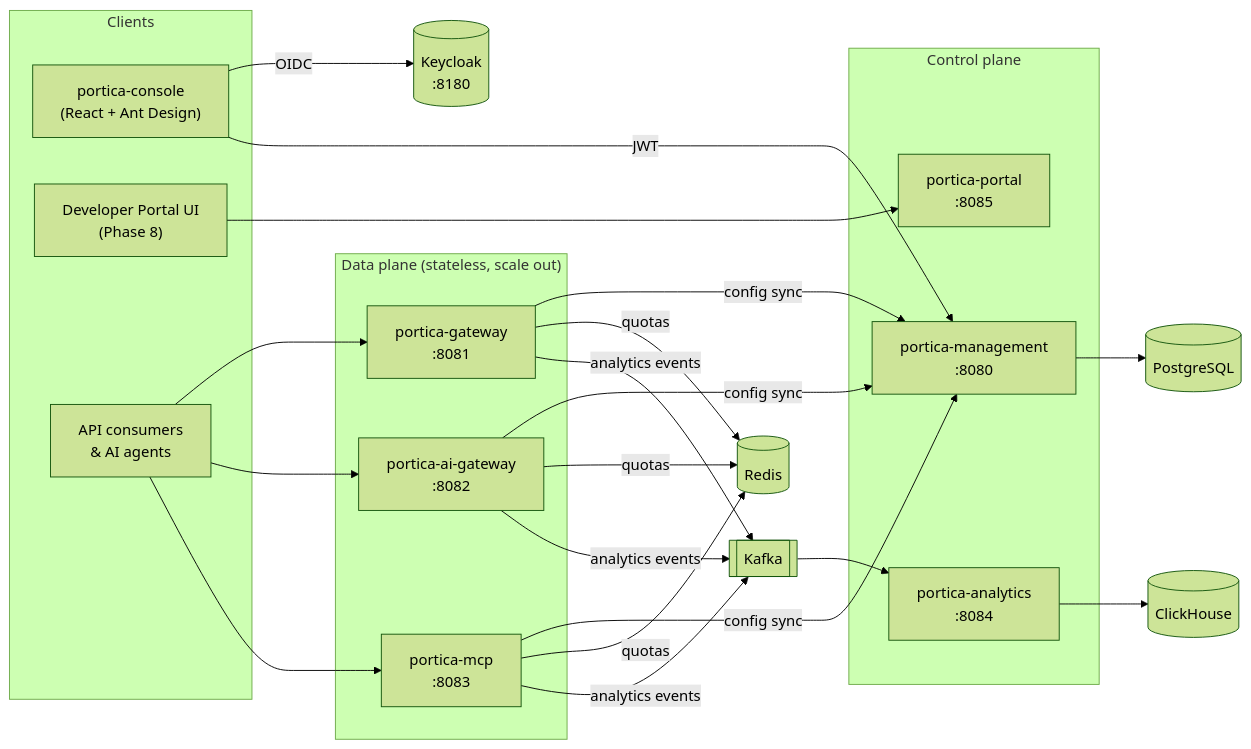
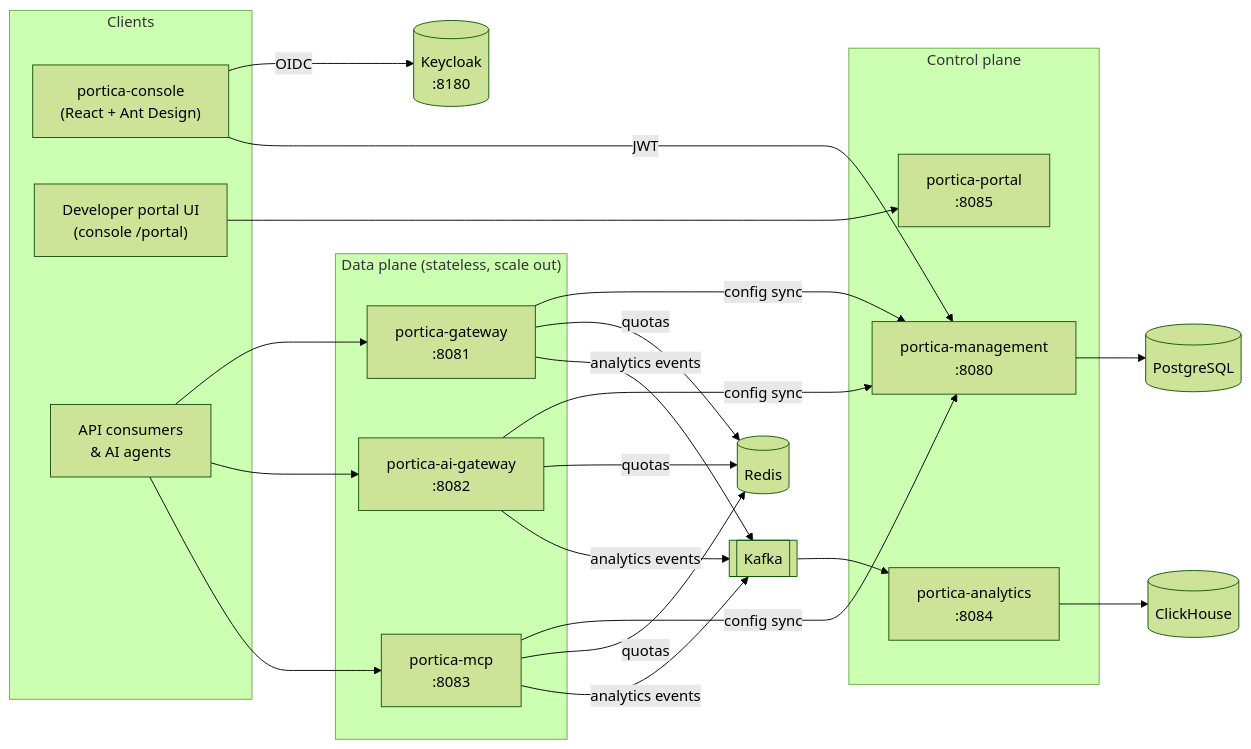
The first of 6 diagrams in README.md (BabujiR/portica), drawn with Mermaid (forest theme) before and after one commit. The commit also changed other lines of this file and 58 other files, not shown here.

````diff
--- a/README.md
+++ b/README.md
@@ -20,35 +24,35 @@
 ```mermaid
 flowchart LR
     subgraph Clients
         Console["portica-console<br/>(React + Ant Design)"]
-        Portal["Developer Portal UI<br/>(Phase 8)"]
+        Portal["Developer portal UI<br/>(console /portal)"]
         Apps["API consumers<br/>& AI agents"]
     end
 
     subgraph ControlPlane["Control plane"]
         Mgmt["portica-management<br/>:8080"]
         PortalApi["portica-portal<br/>:8085"]
         Analytics["portica-analytics<br/>:8084"]
     end
 
     subgraph DataPlane["Data plane (stateless, scale out)"]
         GW["portica-gateway<br/>:8081"]
         AIGW["portica-ai-gateway<br/>:8082"]
         MCP["portica-mcp<br/>:8083"]
     end
 
     KC[(Keycloak<br/>:8180)]
     PG[(PostgreSQL)]
     RD[(Redis)]
     KF[[Kafka]]
     CH[(ClickHouse)]
 
     Console -- OIDC --> KC
     Console -- JWT --> Mgmt
     Portal --> PortalApi
     Apps --> GW & AIGW & MCP
     Mgmt --> PG
     GW & AIGW & MCP -- config sync --> Mgmt
     GW & AIGW & MCP -- quotas --> RD
     GW & AIGW & MCP -- analytics events --> KF --> Analytics --> CH
 ```
````
